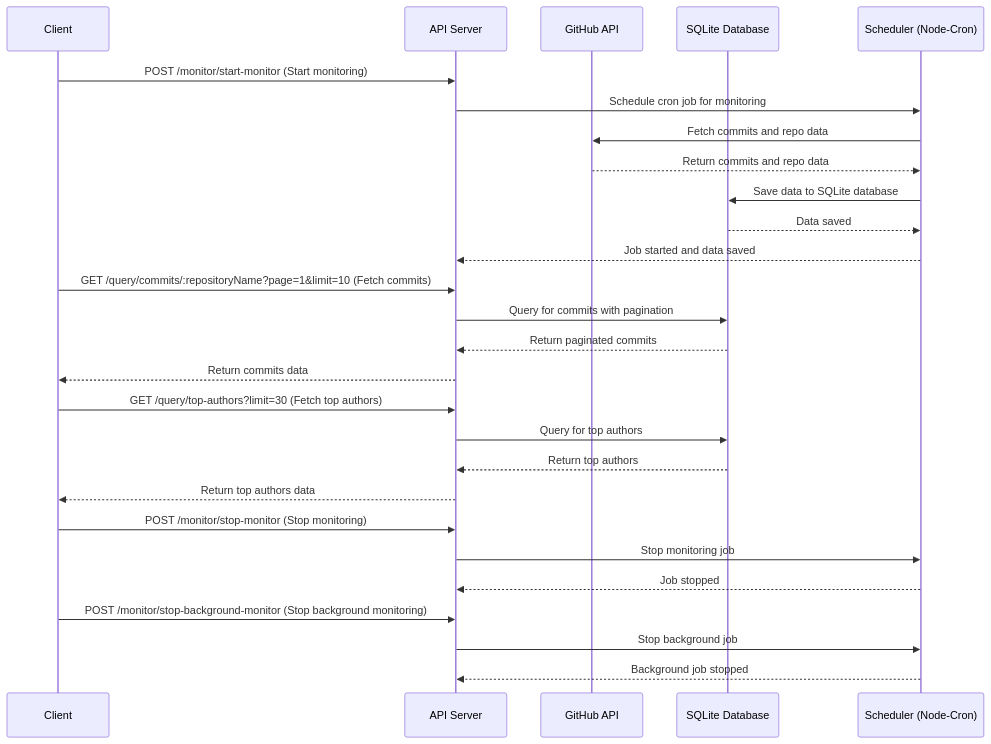
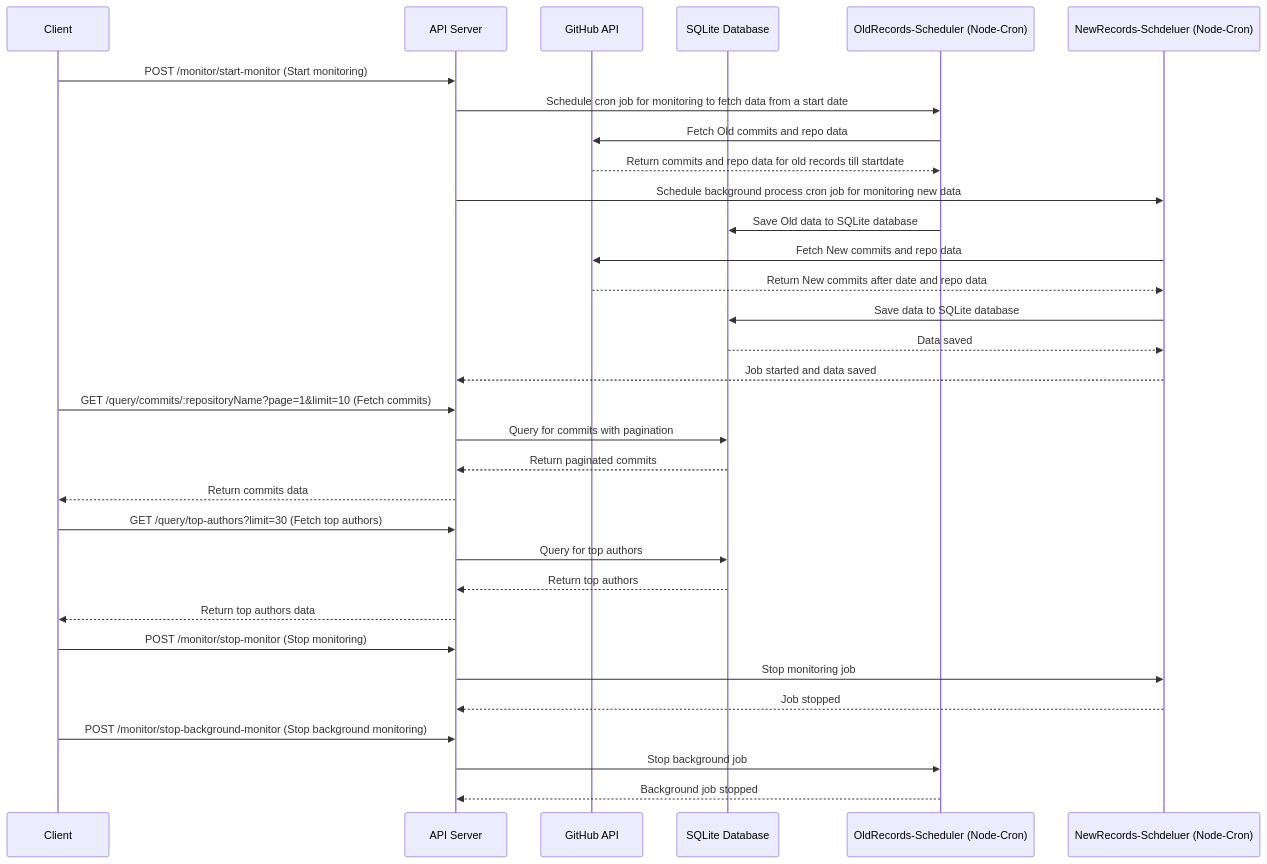
Before and after one commit to CaesarBourne/GithubFetchService: the diagram in README.md, drawn with Mermaid.

Commit message:
raed me with new mermaid uml

````diff
--- a/README.md
+++ b/README.md
@@ -398,34 +398,39 @@
 ```mermaid
 sequenceDiagram
     participant Client
     participant APIServer as API Server
     participant GitHubAPI as GitHub API
     participant Database as SQLite Database
-    participant Cron as Scheduler (Node-Cron)
+    participant  Back-Cron as OldRecords-Scheduler (Node-Cron)
+    participant Cron as NewRecords-Schdeluer (Node-Cron)
 
     Client->>APIServer: POST /monitor/start-monitor (Start monitoring)
-    APIServer->>Cron: Schedule cron job for monitoring
-    Cron->>GitHubAPI: Fetch commits and repo data
-    GitHubAPI-->>Cron: Return commits and repo data
+    APIServer->>Back-Cron: Schedule cron job for monitoring to fetch data from a start date
+    Back-Cron->>GitHubAPI: Fetch Old commits and repo data
+    GitHubAPI-->>Back-Cron: Return commits and repo data for old records till startdate
+    APIServer->>Cron: Schedule background process cron job for monitoring new data
+    Back-Cron->>Database: Save Old data to SQLite database
+    Cron->>GitHubAPI: Fetch New commits and repo data
+    GitHubAPI-->>Cron: Return New commits after date and repo data
     Cron->>Database: Save data to SQLite database
     Database-->>Cron: Data saved
     Cron-->>APIServer: Job started and data saved
 
     Client->>APIServer: GET /query/commits/:repositoryName?page=1&limit=10 (Fetch commits)
     APIServer->>Database: Query for commits with pagination
     Database-->>APIServer: Return paginated commits
     APIServer-->>Client: Return commits data
 
     Client->>APIServer: GET /query/top-authors?limit=30 (Fetch top authors)
     APIServer->>Database: Query for top authors
     Database-->>APIServer: Return top authors
     APIServer-->>Client: Return top authors data
 
     Client->>APIServer: POST /monitor/stop-monitor (Stop monitoring)
     APIServer->>Cron: Stop monitoring job
     Cron-->>APIServer: Job stopped
 
     Client->>APIServer: POST /monitor/stop-background-monitor (Stop background monitoring)
-    APIServer->>Cron: Stop background job
-    Cron-->>APIServer: Background job stopped
+    APIServer->>Back-Cron: Stop background job
+    Back-Cron-->>APIServer: Background job stopped
 ```
````
